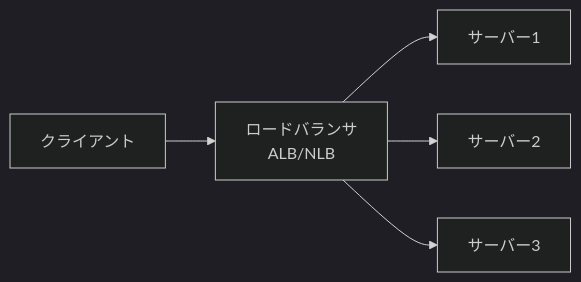
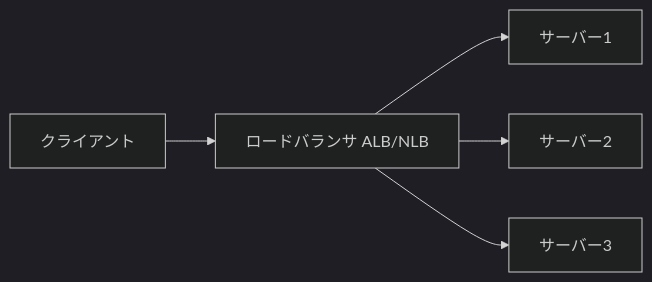
Diagram 12 of 21 in training/basics.md (x86-unix/docs), drawn with Mermaid (dark theme) before and after one commit. The commit also changed other lines of this file, not shown here.

````diff
--- a/training/basics.md
+++ b/training/basics.md
@@ -1103,7 +586,7 @@
 ```mermaid
 graph LR
-    Client[クライアント] --> LB[ロードバランサ<br/>ALB/NLB]
+    Client[クライアント] --> LB["ロードバランサ ALB/NLB"]
     LB --> S1[サーバー1]
     LB --> S2[サーバー2]
     LB --> S3[サーバー3]
 ```
````
